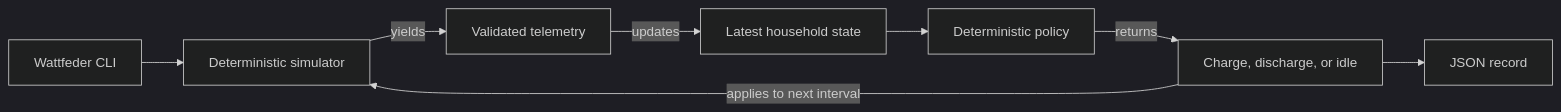
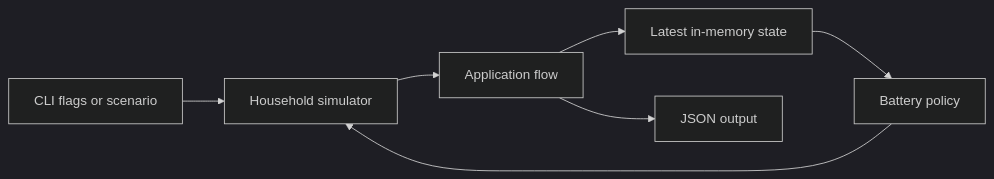
Before and after one commit to Stewz00/Wattfeder: the diagram in README.md, drawn with Mermaid (dark theme). The commit also changed other lines of this file and 17 other files, not shown here.

````diff
--- a/README.md
+++ b/README.md
@@ -23,10 +37,9 @@
 ```mermaid
 flowchart LR
-    CLI["Wattfeder CLI"] --> Simulator["Deterministic simulator"]
-    Simulator -->|yields| Telemetry["Validated telemetry"]
-    Telemetry -->|updates| State["Latest household state"]
-    State --> Policy["Deterministic policy"]
-    Policy -->|returns| Command["Charge, discharge, or idle"]
-    Command -->|applies to next interval| Simulator
-    Command --> Output["JSON record"]
+    Config["CLI flags or scenario"] --> Simulator["Household simulator"]
+    Simulator --> Flow["Application flow"]
+    Flow --> State["Latest in-memory state"]
+    State --> Policy["Battery policy"]
+    Policy --> Simulator
+    Flow --> Output["JSON output"]
 ```
````
